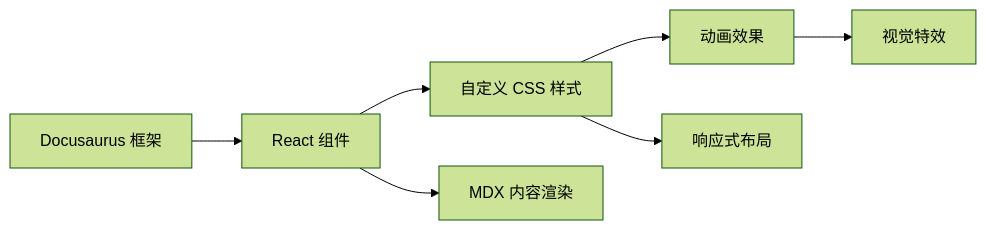
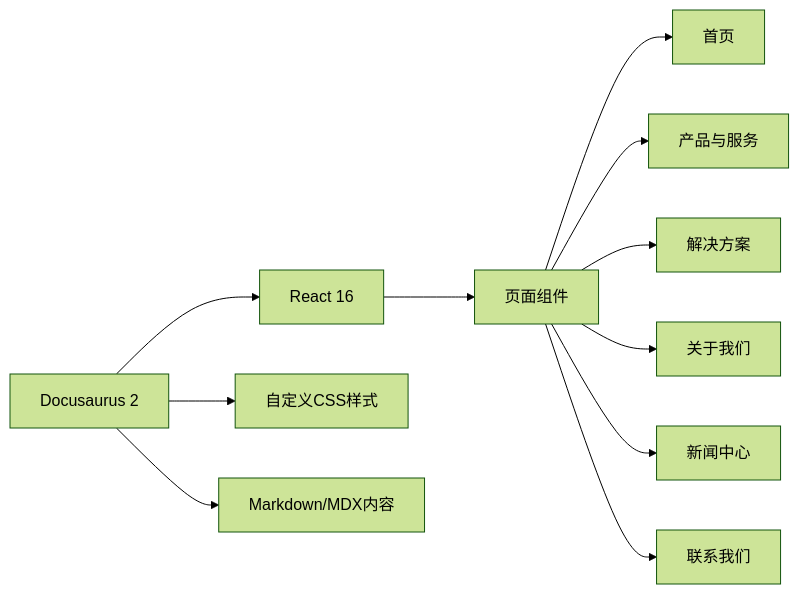
One commit to JokerHouPro/JokerHou-Blog changed the diagram in .trae/documents/arch.md. Above: the diagram before and after it, drawn with Mermaid (forest theme). The commit also changed other lines of this file and 10 other files, not shown here.

````diff
--- a/.trae/documents/arch.md
+++ b/.trae/documents/arch.md
@@ -4,9 +6,13 @@
 ```mermaid
 flowchart LR
-    A[Docusaurus 框架] --> B[React 组件]
-    B --> C[自定义 CSS 样式]
-    B --> D[MDX 内容渲染]
-    C --> E[动画效果]
-    C --> F[响应式布局]
-    E --> G[视觉特效]
+    A[Docusaurus 2] --> B[React 16]
+    A --> C[自定义CSS样式]
+    A --> D[Markdown/MDX内容]
+    B --> E[页面组件]
+    E --> F[首页]
+    E --> G[产品与服务]
+    E --> H[解决方案]
+    E --> I[关于我们]
+    E --> J[新闻中心]
+    E --> K[联系我们]
 ```
````
